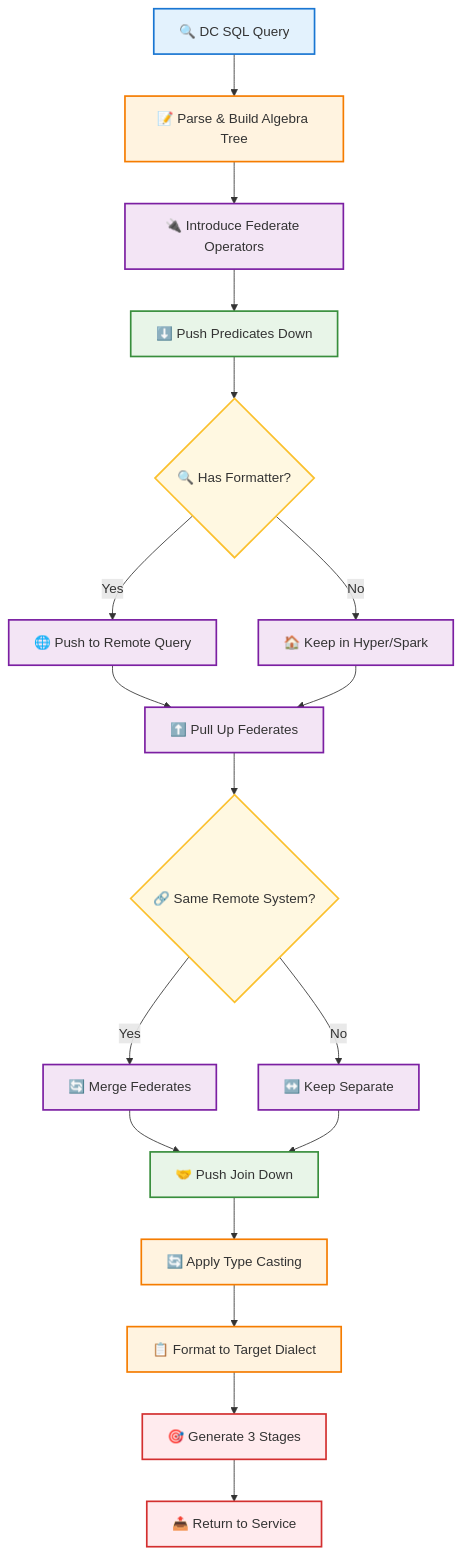
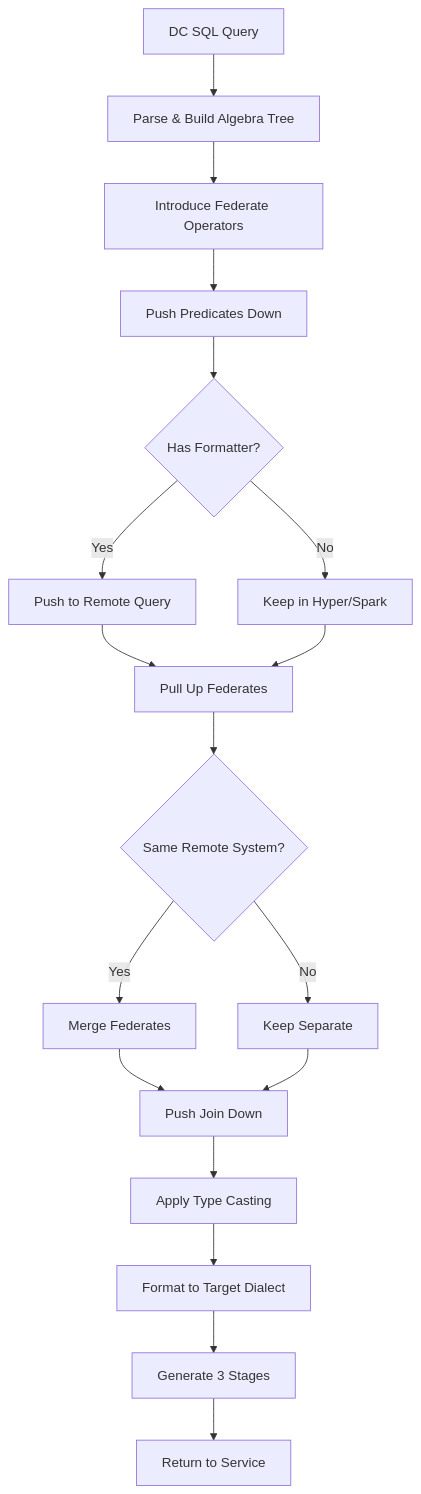
One commit to arupsarkar-sfdc/Misc changed the second of 2 diagrams in README_Yahoo.md. Above: the diagram before and after it, drawn with Mermaid. The commit also changed other lines of this file, not shown here.

````diff
--- a/README_Yahoo.md
+++ b/README_Yahoo.md
@@ -235,35 +341,20 @@
 ```mermaid
 graph TD
-    A[🔍 DC SQL Query] --> B[📝 Parse & Build Algebra Tree]
-    B --> C[🔌 Introduce Federate Operators]
-    C --> D[⬇️ Push Predicates Down]
-    D --> E{🔍 Has Formatter?}
-    E -->|Yes| F[🌐 Push to Remote Query]
-    E -->|No| G[🏠 Keep in Hyper/Spark]
-    F --> H[⬆️ Pull Up Federates]
+    A[DC SQL Query] --> B[Parse & Build Algebra Tree]
+    B --> C[Introduce Federate Operators]
+    C --> D[Push Predicates Down]
+    D --> E{Has Formatter?}
+    E -->|Yes| F[Push to Remote Query]
+    E -->|No| G[Keep in Hyper/Spark]
+    F --> H[Pull Up Federates]
     G --> H
-    H --> I{🔗 Same Remote System?}
-    I -->|Yes| J[🔄 Merge Federates]
-    I -->|No| K[↔️ Keep Separate]
-    J --> L[🤝 Push Join Down]
+    H --> I{Same Remote System?}
+    I -->|Yes| J[Merge Federates]
+    I -->|No| K[Keep Separate]
+    J --> L[Push Join Down]
     K --> L
-    L --> M[🔄 Apply Type Casting]
-    M --> N[📋 Format to Target Dialect]
-    N --> O[🎯 Generate 3 Stages]
-    O --> P[📤 Return to Service]
-
-    %% Color coding by operation type
-    classDef input fill:#e3f2fd,stroke:#1976d2,stroke-width:2px
-    classDef parsing fill:#fff3e0,stroke:#f57c00,stroke-width:2px
-    classDef federation fill:#f3e5f5,stroke:#7b1fa2,stroke-width:2px
-    classDef optimization fill:#e8f5e8,stroke:#388e3c,stroke-width:2px
-    classDef decision fill:#fff8e1,stroke:#fbc02d,stroke-width:2px
-    classDef output fill:#ffebee,stroke:#d32f2f,stroke-width:2px
-
-    class A input
-    class B,M,N parsing
-    class C,F,G,H,J,K federation
-    class D,L optimization
-    class E,I decision
-    class O,P output
+    L --> M[Apply Type Casting]
+    M --> N[Format to Target Dialect]
+    N --> O[Generate 3 Stages]
+    O --> P[Return to Service]
 ```
````
